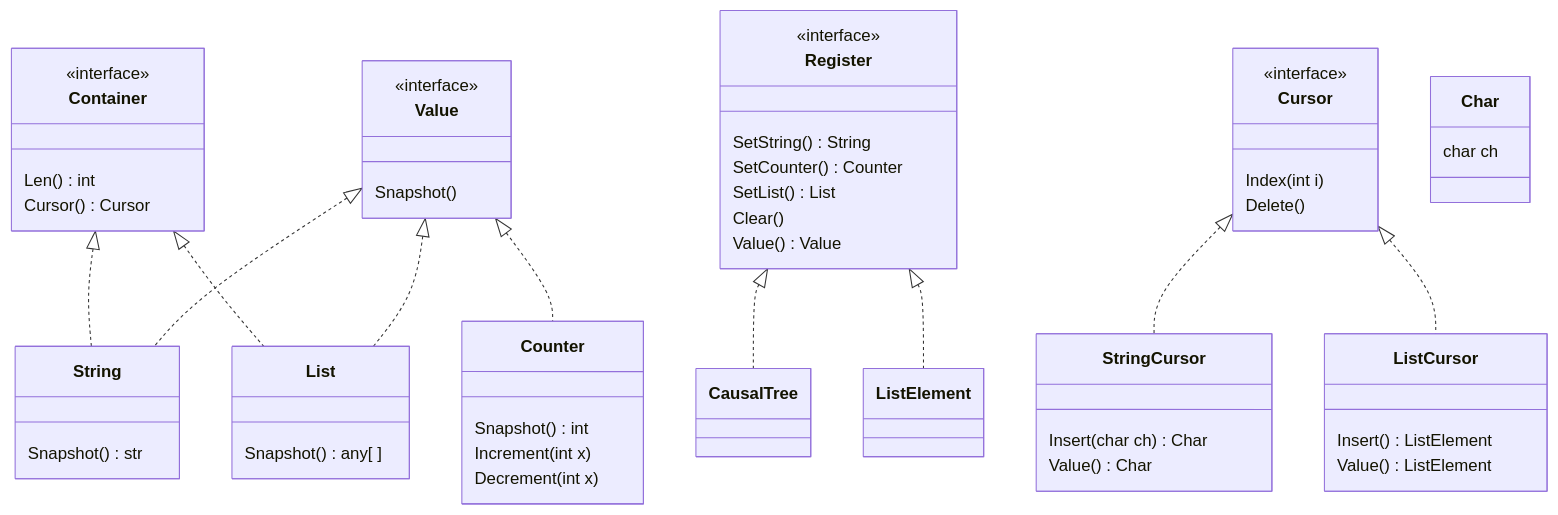
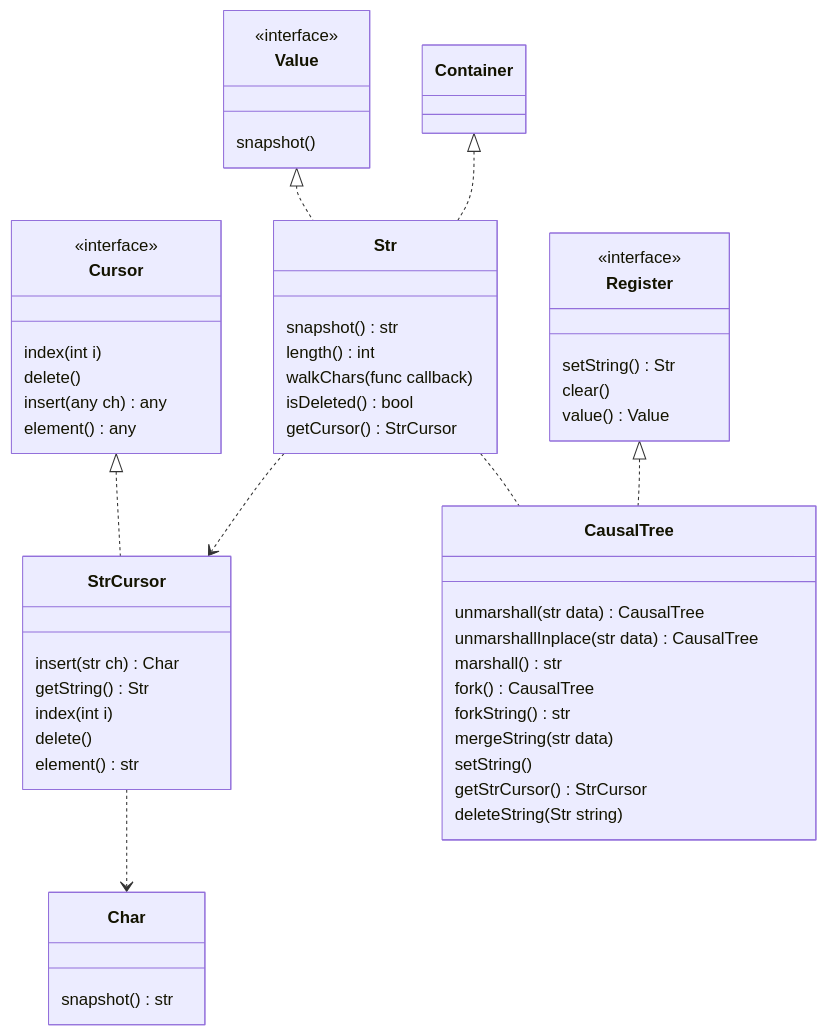
Before and after one commit to crdteam/causal-tree-ts: the first of 2 diagrams in README.md, drawn with Mermaid. The commit also changed other lines of this file, not shown here.

````diff
--- a/README.md
+++ b/README.md
@@ -70,59 +70,54 @@
 ```mermaid
-classDiagram
-    class Container
-    <<interface>> Container
-    Container: Len() int 
-    Container: Cursor() Cursor
-    
+classDiagram    
     class Value
     <<interface>> Value
-    Value: Snapshot()
+    Value: snapshot()
 
-    class String
-    Container <|.. String
-    Value <|.. String
-    String: Snapshot() str
-    
-    class List
-    Container <|.. List
-    Value <|.. List
-    List: Snapshot() any[ ]
+    class Str
+    Container <|.. Str
+    Value <|.. Str
+    Str ..> StrCursor
+    Str: snapshot() str
+    Str: length() int
+    Str: walkChars(func callback)
+    Str: isDeleted() bool
+    Str: getCursor() StrCursor
     
     class CausalTree
     Register <|.. CausalTree
+    Str .. CausalTree
+    CausalTree: unmarshall(str data) CausalTree
+    CausalTree: unmarshallInplace(str data) CausalTree
+    CausalTree: marshall() str
+    CausalTree: fork() CausalTree
+    CausalTree: forkString() str
+    CausalTree: mergeString(str data)
+    CausalTree: setString() 
+    CausalTree: getStrCursor() StrCursor
+    CausalTree: deleteString(Str string)
 
     class Cursor
     <<interface>> Cursor
-    Cursor: Index(int i)
-    Cursor: Delete()
+    Cursor: index(int i)
+    Cursor: delete()
+    Cursor: insert(any ch) any
+    Cursor: element() any
     
     class Register
     <<interface>> Register
-    Register: SetString() String
-    Register: SetCounter() Counter
-    Register: SetList() List
-    Register: Clear()
-    Register: Value() Value
+    Register: setString() Str
+    Register: clear()
+    Register: value() Value
 
     class Char
-    Char: char ch
+    Char: snapshot() str
     
-    class StringCursor
-    Cursor <|.. StringCursor
-    StringCursor: Insert(char ch) Char
-    StringCursor: Value() Char
-    
-    class ListCursor
-    Cursor <|.. ListCursor
-    ListCursor: Insert() ListElement
-    ListCursor: Value() ListElement
-    
-    class ListElement
-    Register <|.. ListElement
-    
-    class Counter
-    Value <|.. Counter
-    Counter: Snapshot() int
-    Counter: Increment(int x)
-    Counter: Decrement(int x)
+    class StrCursor
+    Cursor <|.. StrCursor
+    StrCursor ..> Char
+    StrCursor: insert(str ch) Char
+    StrCursor: getString() Str
+    StrCursor: index(int i)
+    StrCursor: delete()
+    StrCursor: element() str
 ```
````
